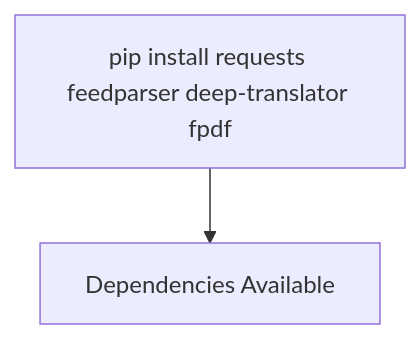
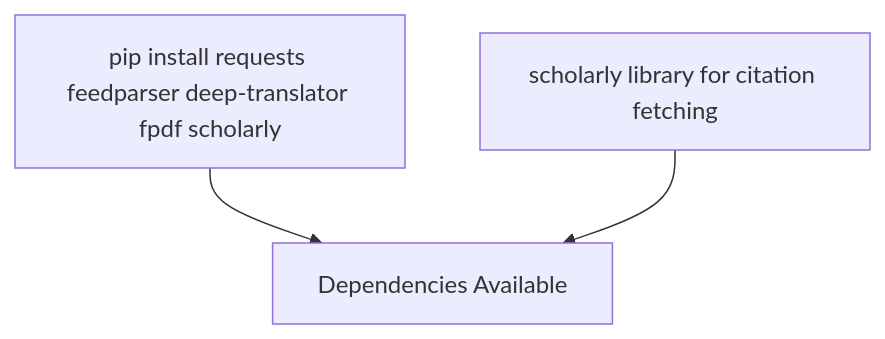
The fifth of 11 diagrams in .qoder/repowiki/en/content/Configuration Guide/GitHub Actions Workflow.md (junxie01/paper_weekly), drawn with Mermaid before and after one commit. The commit also changed other lines of this file and 5 other files, not shown here.

````diff
--- a/.qoder/repowiki/en/content/Configuration Guide/GitHub Actions Workflow.md
+++ b/.qoder/repowiki/en/content/Configuration Guide/GitHub Actions Workflow.md
@@ -165,4 +176,5 @@
 ```mermaid
 flowchart TD
-Pip["pip install requests feedparser deep-translator fpdf"] --> Ready["Dependencies Available"]
+Pip["pip install requests feedparser deep-translator fpdf scholarly"] --> Ready["Dependencies Available"]
+Scholarly["scholarly library for citation fetching"] --> Ready
 ```
````
